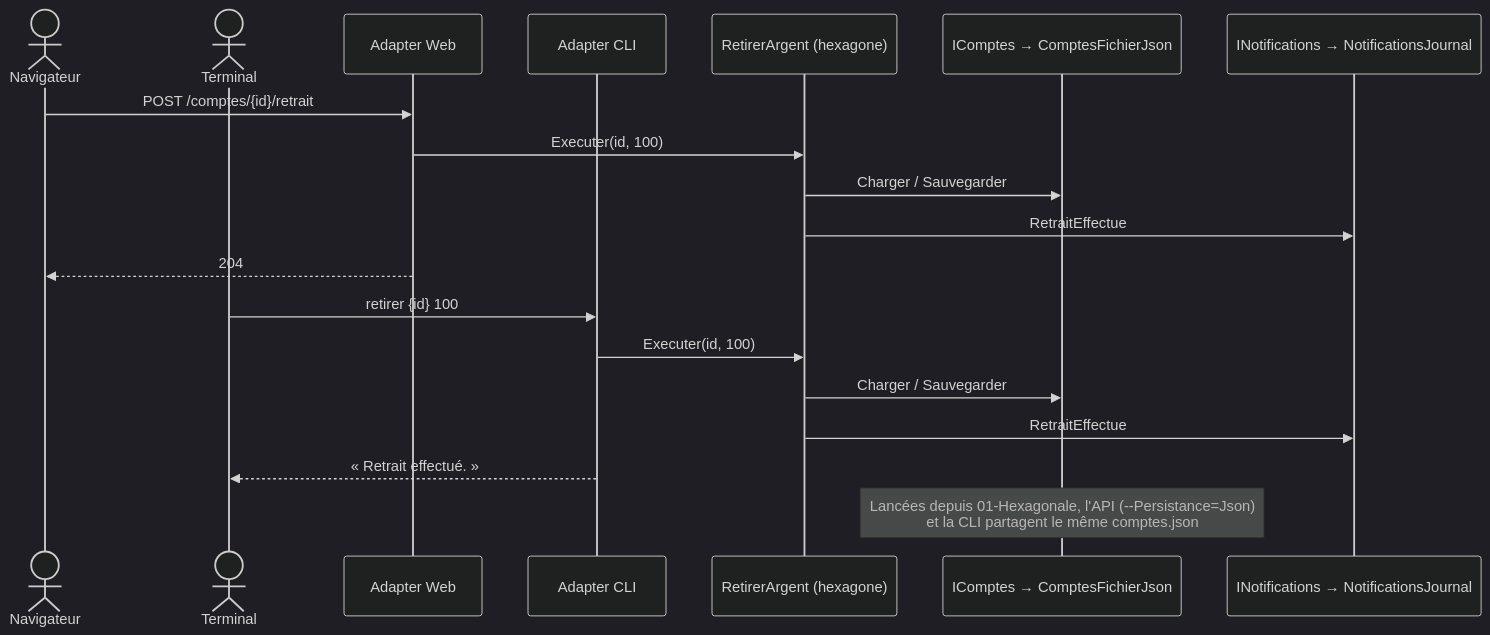
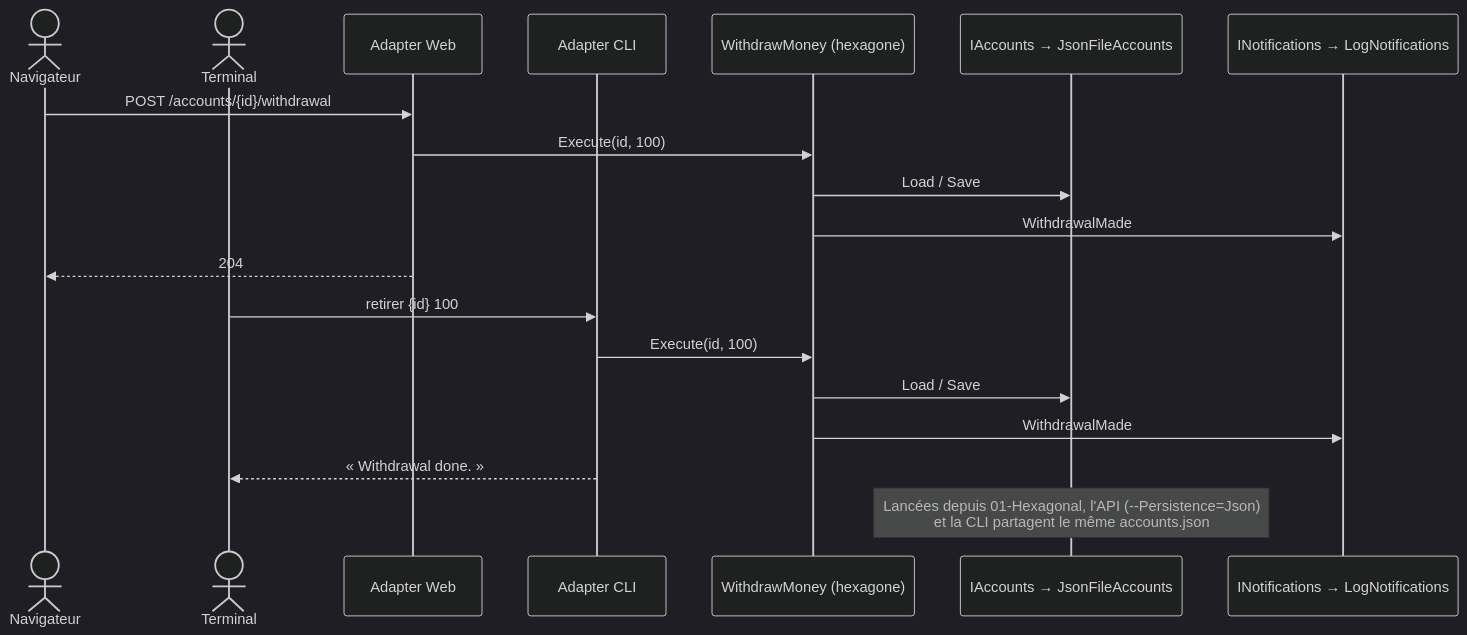
One commit to drangoht/ArchitecturesDemo changed the second of 3 diagrams in Docs/01-hexagonale.md. Above: the diagram before and after it, drawn with Mermaid (dark theme). The commit also changed other lines of this file and 70 other files, not shown here.

Commit message:
Docs FR : identifiants, liens, diagrammes et sorties alignés sur le code anglais

````diff
--- a/Docs/01-hexagonale.md
+++ b/Docs/01-hexagonale.md
@@ -186,21 +186,21 @@
 ```mermaid
 sequenceDiagram
     actor U1 as Navigateur
     actor U2 as Terminal
     participant W as Adapter Web
     participant C as Adapter CLI
-    participant H as RetirerArgent (hexagone)
-    participant P as IComptes → ComptesFichierJson
-    participant N as INotifications → NotificationsJournal
-    U1->>W: POST /comptes/{id}/retrait
-    W->>H: Executer(id, 100)
-    H->>P: Charger / Sauvegarder
-    H->>N: RetraitEffectue
+    participant H as WithdrawMoney (hexagone)
+    participant P as IAccounts → JsonFileAccounts
+    participant N as INotifications → LogNotifications
+    U1->>W: POST /accounts/{id}/withdrawal
+    W->>H: Execute(id, 100)
+    H->>P: Load / Save
+    H->>N: WithdrawalMade
     W-->>U1: 204
     U2->>C: retirer {id} 100
-    C->>H: Executer(id, 100)
-    H->>P: Charger / Sauvegarder
-    H->>N: RetraitEffectue
-    C-->>U2: « Retrait effectué. »
-    Note over P: Lancées depuis 01-Hexagonale, l'API (--Persistance=Json)<br/>et la CLI partagent le même comptes.json
+    C->>H: Execute(id, 100)
+    H->>P: Load / Save
+    H->>N: WithdrawalMade
+    C-->>U2: « Withdrawal done. »
+    Note over P: Lancées depuis 01-Hexagonal, l'API (--Persistence=Json)<br/>et la CLI partagent le même accounts.json
 ```
````
